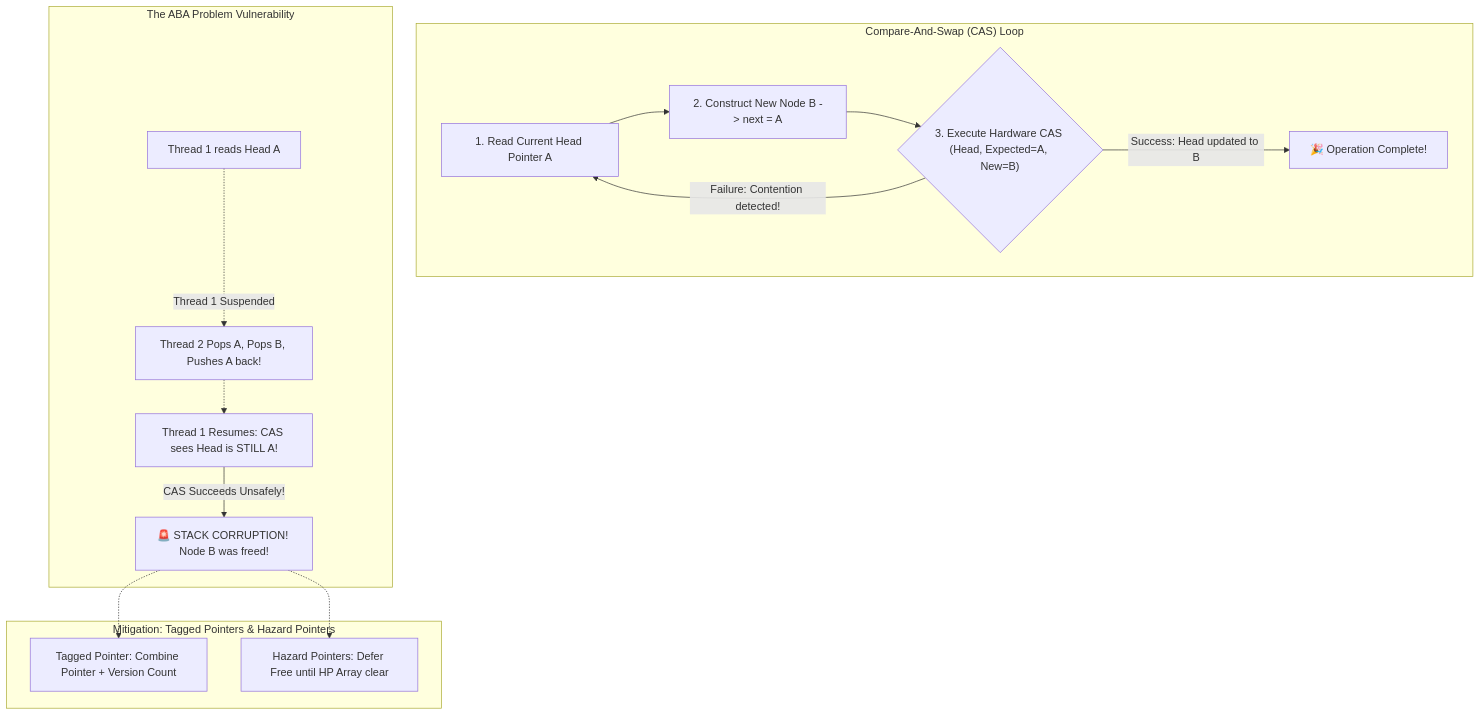
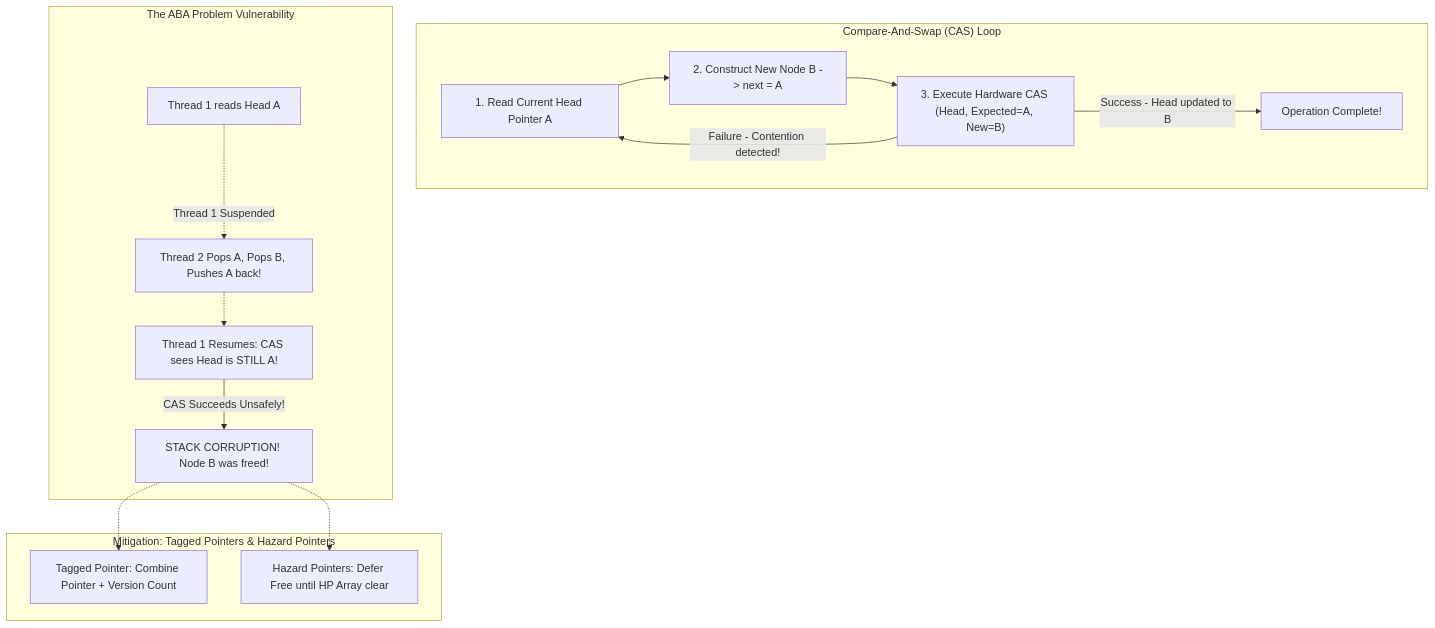
Before and after one commit to akmalkhaniub/akmalkhaniub.github.io: the diagram in blog/posts/lock-free-data-structures-cas-aba-hazard-pointers.md, drawn with Mermaid. The commit also changed 411 other files, not shown here.

````diff
--- a/blog/posts/lock-free-data-structures-cas-aba-hazard-pointers.md
+++ b/blog/posts/lock-free-data-structures-cas-aba-hazard-pointers.md
@@ -21,20 +21,20 @@
 ```mermaid
-graph TD
+flowchart TD
   subgraph SG1_CompareAndSwap ["Compare-And-Swap (CAS) Loop"]
     ReadVal[1. Read Current Head Pointer A] --> PrepareNew[2. Construct New Node B -> next = A]
-    PrepareNew --> CASCheck{"3. Execute Hardware CAS (Head, Expected=A, New=B)"}
-    CASCheck -->|Success: Head updated to B| Done[🎉 Operation Complete!]
-    CASCheck -->|Failure: Contention detected!| ReadVal
+    PrepareNew --> CASCheck["3. Execute Hardware CAS (Head, Expected=A, New=B)"]
+    CASCheck -->|Success - Head updated to B| Done[ Operation Complete!]
+    CASCheck -->|Failure - Contention detected!| ReadVal
   end
   
   subgraph SG2_TheAbaProblem ["The ABA Problem Vulnerability"]
     T1[Thread 1 reads Head A] -.->|Thread 1 Suspended| T2[Thread 2 Pops A, Pops B, Pushes A back!]
     T2 -.-> T1Resume[Thread 1 Resumes: CAS sees Head is STILL A!]
-    T1Resume -->|CAS Succeeds Unsafely!| CorruptedStack[🚨 STACK CORRUPTION! Node B was freed!]
+    T1Resume -->|CAS Succeeds Unsafely!| CorruptedStack[ STACK CORRUPTION! Node B was freed!]
   end
   
   subgraph SG3_MitigationTaggedPointers ["Mitigation: Tagged Pointers & Hazard Pointers"]
     CorruptedStack -.-> Tagged[Tagged Pointer: Combine Pointer + Version Count]
     CorruptedStack -.-> Hazard[Hazard Pointers: Defer Free until HP Array clear]
   end
 ```
````
